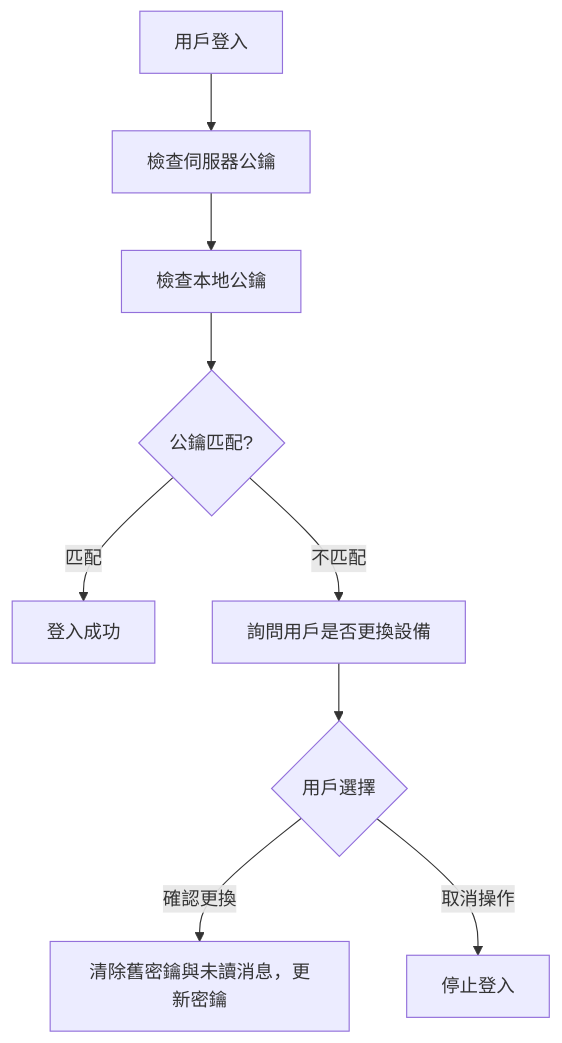
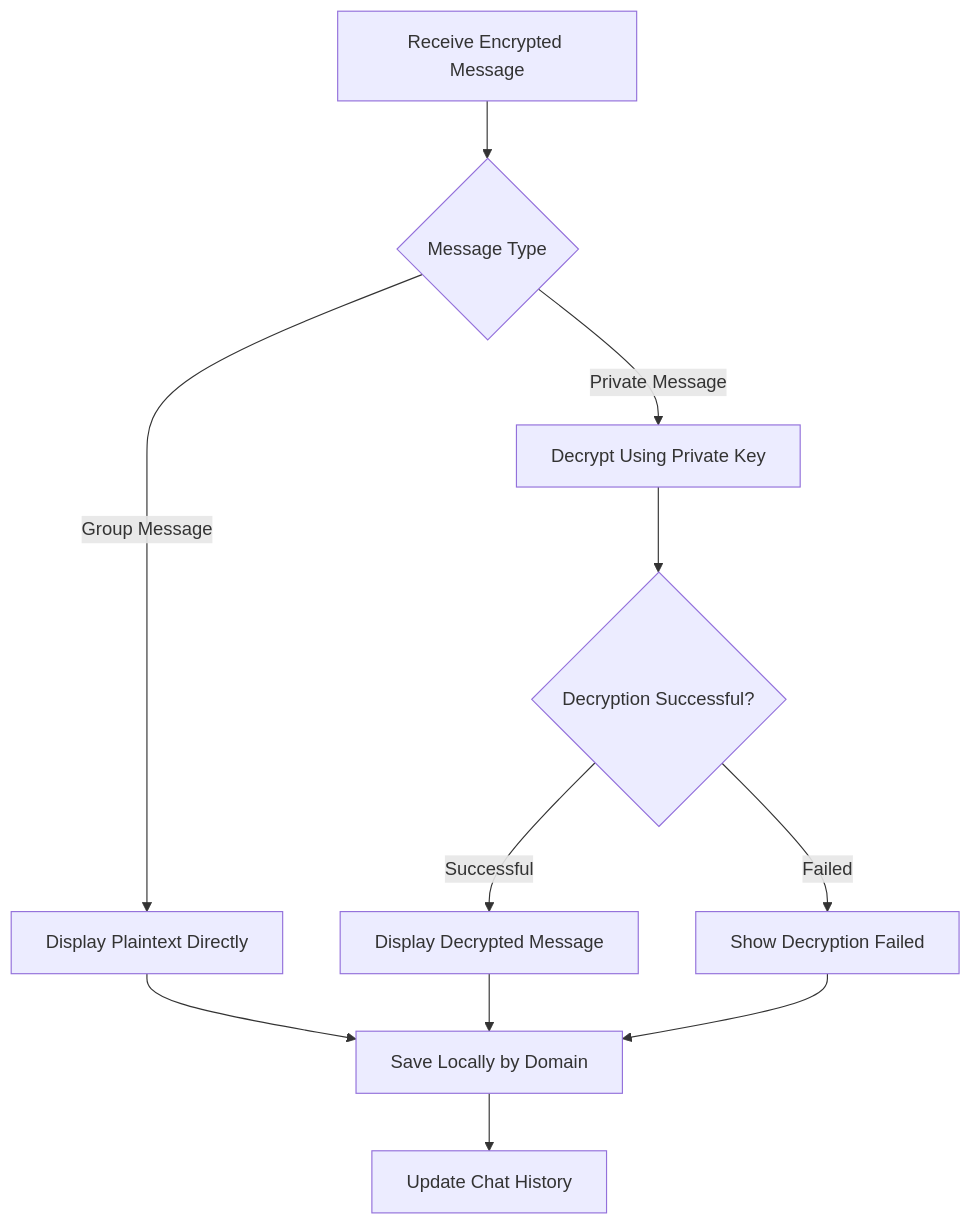
The second of 2 diagrams in README.md (pardnchiu/c2hat-relay), drawn with Mermaid before and after one commit. The commit also changed other lines of this file, not shown here.

````diff
--- a/README.md
+++ b/README.md
@@ -113,11 +27,13 @@
 ```mermaid
 graph TD
-    A[用戶登入] --> B[檢查伺服器公鑰]
-    B --> C[檢查本地公鑰]
-    C --> D{公鑰匹配?}
-    D -->|匹配| E[登入成功]
-    D -->|不匹配| F[詢問用戶是否更換設備]
-    F --> G{用戶選擇}
-    G -->|確認更換| H[清除舊密鑰與未讀消息，更新密鑰]
-    G -->|取消操作| I[停止登入]
+  A[Receive Encrypted Message] --> B{Message Type}
+  B -->|Group Message| C[Display Plaintext Directly]
+    C --> D[Save Locally by Domain]
+    D --> F[Update Chat History]
+  B -->|Private Message| G[Decrypt Using Private Key]
+    G --> H{Decryption Successful?}
+      H -->|Successful| I[Display Decrypted Message]
+        I --> D
+      H -->|Failed| J[Show Decryption Failed]
+        J --> D
 ```
````
